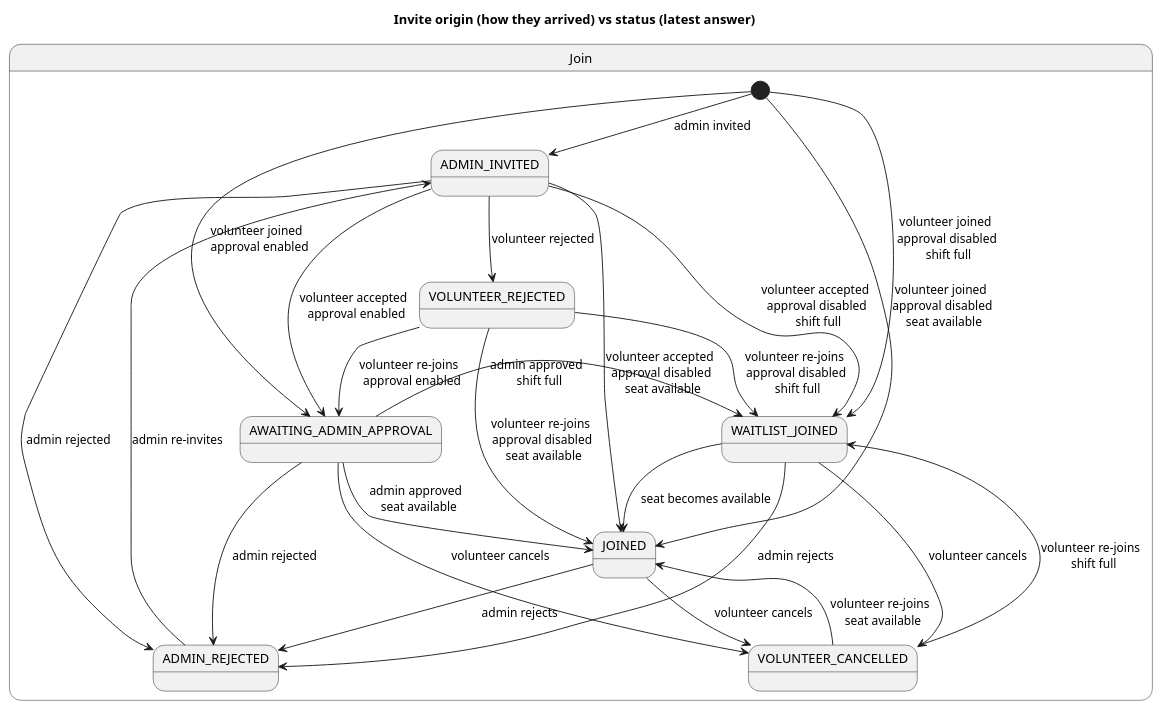
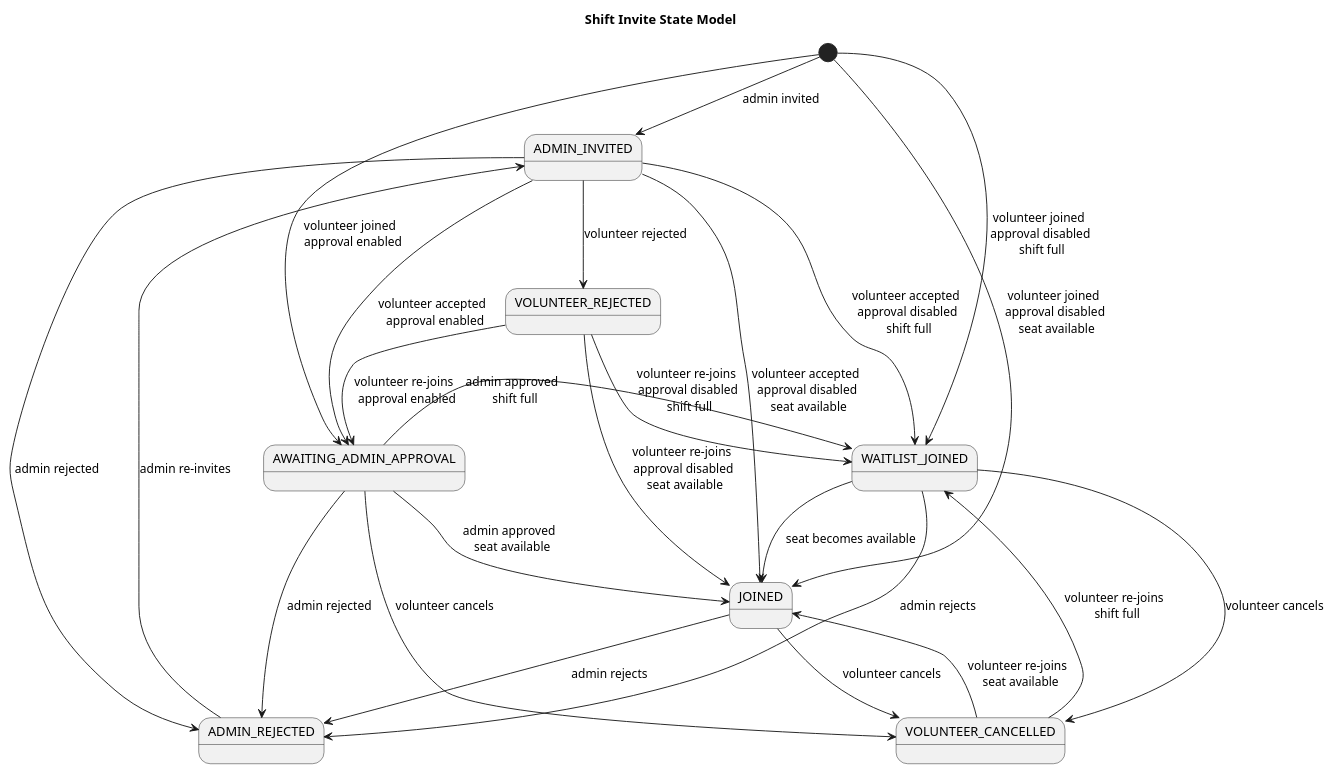
One commit to holi-social/caluno changed the diagram in models/Invite-states.plantuml. Above: the diagram before and after it, drawn with PlantUML.

Commit message:
model: layout diagram

```diff
--- a/models/Invite-states.plantuml
+++ b/models/Invite-states.plantuml
@@ -1,44 +1,37 @@
 @startuml InviteOriginStatusModel
 
-title Invite origin (how they arrived) vs status (latest answer)
+title Shift Invite State Model
 
-'state "origin" as Origin {
-'  [*] --> ORIGIN_ADMIN_INVITED : admin invite
-'  [*] --> ORIGIN_VOLUNTEER_JOINED : open join
-'}
-
-state "Join" as Join {
 [*] --> ADMIN_INVITED : admin invited
 [*] --> AWAITING_ADMIN_APPROVAL : volunteer joined \n approval enabled
 [*] --> WAITLIST_JOINED : volunteer joined \n approval disabled \n shift full
 [*] --> JOINED : volunteer joined \n approval disabled \n seat available
 
 ADMIN_INVITED --> VOLUNTEER_REJECTED : volunteer rejected
 ADMIN_INVITED --> AWAITING_ADMIN_APPROVAL : volunteer accepted \n approval enabled
 ADMIN_INVITED --> WAITLIST_JOINED : volunteer accepted \n approval disabled \n shift full
 ADMIN_INVITED --> JOINED : volunteer accepted \n approval disabled \n seat available
 ADMIN_INVITED --> ADMIN_REJECTED : admin rejected
 
 VOLUNTEER_REJECTED --> AWAITING_ADMIN_APPROVAL : volunteer re-joins \n approval enabled
 VOLUNTEER_REJECTED --> WAITLIST_JOINED : volunteer re-joins \n approval disabled \n shift full
 VOLUNTEER_REJECTED --> JOINED : volunteer re-joins \n approval disabled \n seat available
 
 AWAITING_ADMIN_APPROVAL --> ADMIN_REJECTED : admin rejected
 AWAITING_ADMIN_APPROVAL --> VOLUNTEER_CANCELLED : volunteer cancels
 AWAITING_ADMIN_APPROVAL -right-> WAITLIST_JOINED : admin approved \n shift full
 AWAITING_ADMIN_APPROVAL --> JOINED : admin approved \n seat available
 
 WAITLIST_JOINED --> JOINED : seat becomes available
 WAITLIST_JOINED --> VOLUNTEER_CANCELLED : volunteer cancels
 WAITLIST_JOINED --> ADMIN_REJECTED : admin rejects
 
 JOINED --> VOLUNTEER_CANCELLED : volunteer cancels
 JOINED --> ADMIN_REJECTED : admin rejects
 
 VOLUNTEER_CANCELLED -up-> JOINED : volunteer re-joins \n seat available
 VOLUNTEER_CANCELLED -up-> WAITLIST_JOINED : volunteer re-joins \n shift full
 
 ADMIN_REJECTED -up-> ADMIN_INVITED : admin re-invites
-}
 
 @enduml
```
